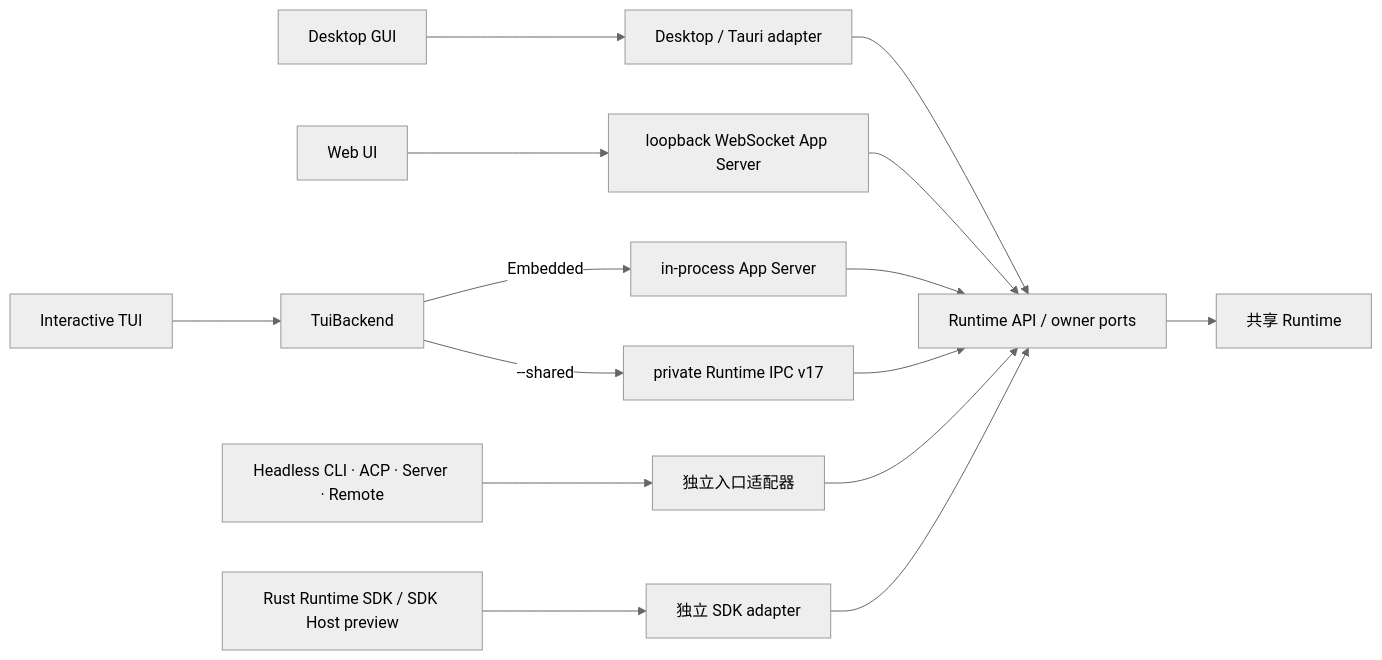
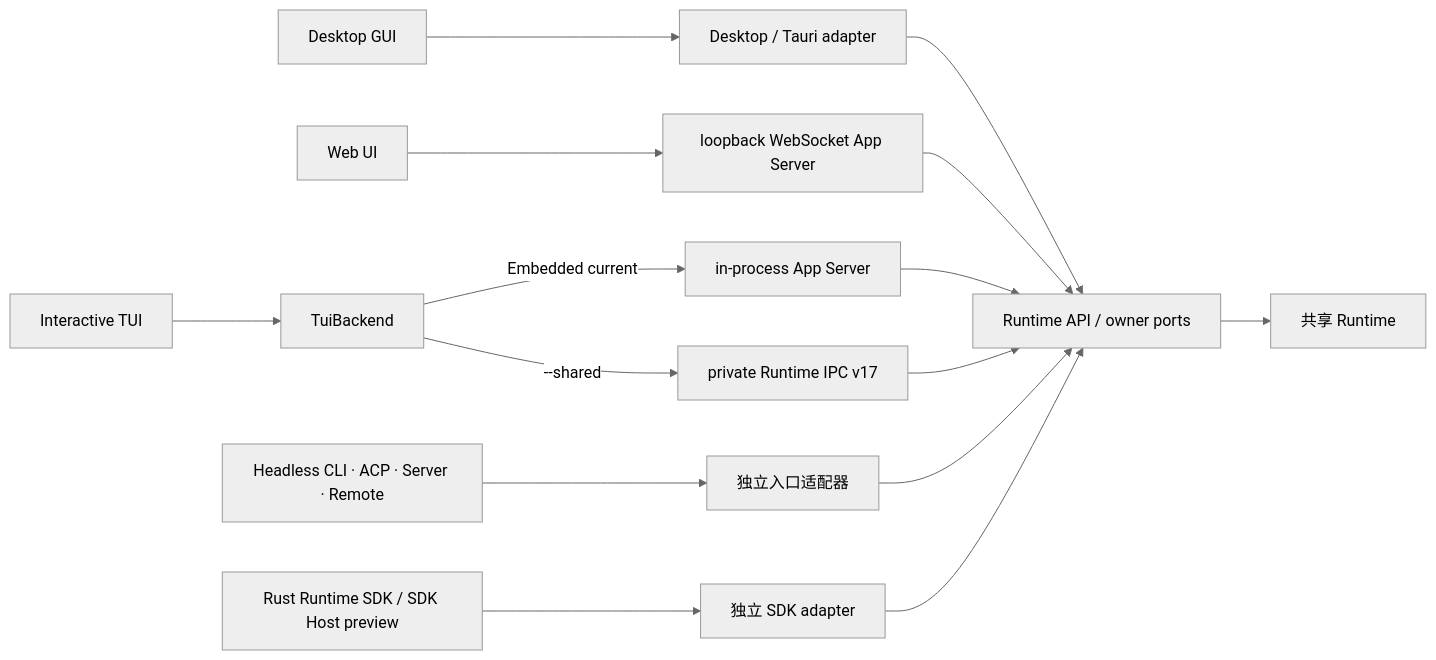
The sixth of 16 diagrams in docs/architecture/product-architecture.md (1688mengdie/BitFun), drawn with Mermaid (neutral theme) before and after one commit. The commit also changed other lines of this file and 4 other files, not shown here.

````diff
--- a/docs/architecture/product-architecture.md
+++ b/docs/architecture/product-architecture.md
@@ -546,17 +556,17 @@
 ```mermaid
 flowchart LR
   Desktop["Desktop GUI"] --> Tauri["Desktop / Tauri adapter"]
   Web["Web UI"] --> WebHost["loopback WebSocket App Server"]
   TUI["Interactive TUI"] --> Backend["TuiBackend"]
-  Backend -->|"Embedded"| EmbeddedAS["in-process App Server"]
+  Backend -->|"Embedded current"| EmbeddedAS["in-process App Server"]
   Backend -->|"--shared"| SharedIPC["private Runtime IPC v17"]
   Other["Headless CLI · ACP · Server · Remote"] --> Adapter["独立入口适配器"]
   SDK["Rust Runtime SDK / SDK Host preview"] --> SDKAdapter["独立 SDK adapter"]
   Tauri --> API["Runtime API / owner ports"]
   WebHost --> API
   EmbeddedAS --> API
   SharedIPC --> API
   Adapter --> API
   SDKAdapter --> API
   API --> Runtime["共享 Runtime"]
 ```
````
